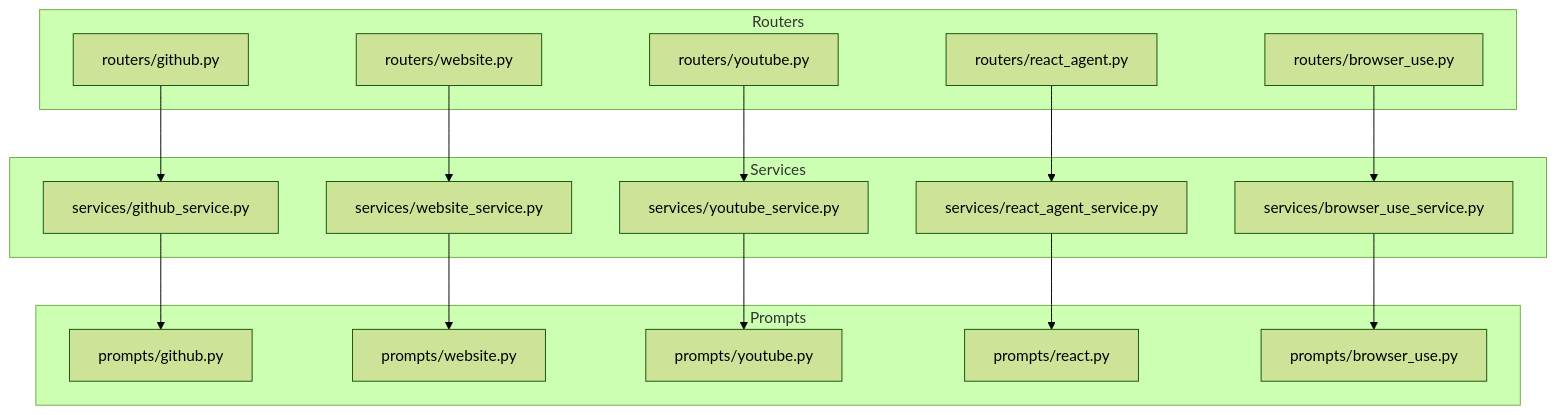
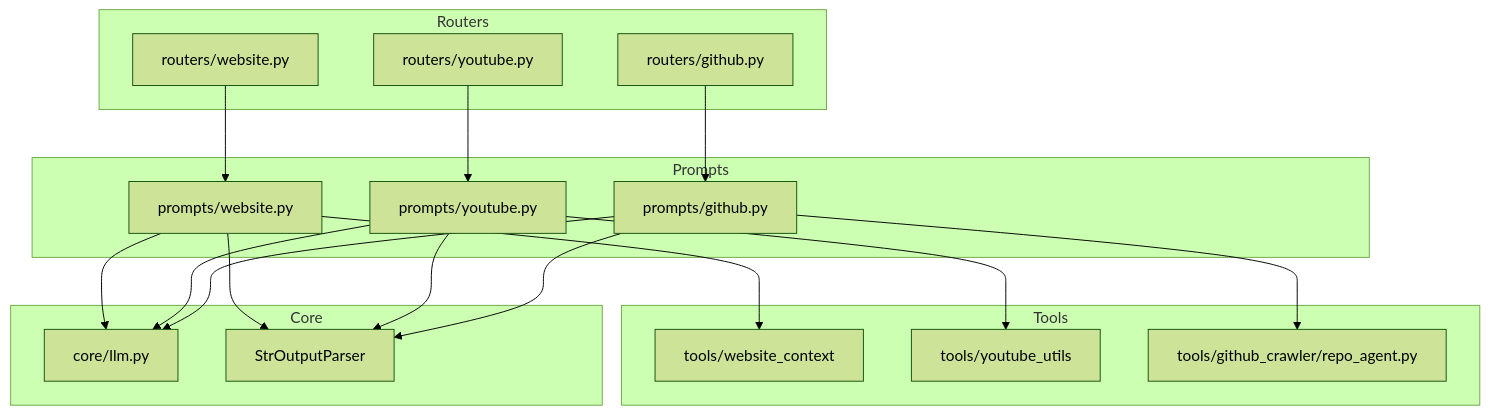
One commit to tashifkhan/tashif.codes changed the first of 6 diagrams in src/data/docs/agentic-browser/Prompts and Prompt Engineering/Service-Specific Prompts.md. Above: the diagram before and after it, drawn with Mermaid (forest theme). The commit also changed other lines of this file and 114 other files, not shown here.

````diff
--- a/src/data/docs/agentic-browser/Prompts and Prompt Engineering/Service-Specific Prompts.md
+++ b/src/data/docs/agentic-browser/Prompts and Prompt Engineering/Service-Specific Prompts.md
@@ -9,29 +15,34 @@
 ```mermaid
 graph TB
-subgraph "Routers"
-R_GH["routers/github.py"]
-R_WEB["routers/website.py"]
-R_YT["routers/youtube.py"]
-R_REACT["routers/react_agent.py"]
-R_BROWSER["routers/browser_use.py"]
-end
-subgraph "Services"
-S_GH["services/github_service.py"]
-S_WEB["services/website_service.py"]
-S_YT["services/youtube_service.py"]
-S_REACT["services/react_agent_service.py"]
-S_BROWSER["services/browser_use_service.py"]
-end
-subgraph "Prompts"
-P_GH["prompts/github.py"]
-P_WEB["prompts/website.py"]
-P_YT["prompts/youtube.py"]
-P_REACT["prompts/react.py"]
-P_BROWSER["prompts/browser_use.py"]
-end
-R_GH --> S_GH --> P_GH
-R_WEB --> S_WEB --> P_WEB
-R_YT --> S_YT --> P_YT
-R_REACT --> S_REACT --> P_REACT
-R_BROWSER --> S_BROWSER --> P_BROWSER
+  subgraph Prompts
+    PW["prompts/website.py"]
+    PY["prompts/youtube.py"]
+    PG["prompts/github.py"]
+  end
+  subgraph Routers
+    RW["routers/website.py"]
+    RY["routers/youtube.py"]
+    RG["routers/github.py"]
+  end
+  subgraph Tools
+    WP["tools/website_context"]
+    YT["tools/youtube_utils"]
+    GH["tools/github_crawler/repo_agent.py"]
+  end
+  subgraph Core
+    LLM["core/llm.py"]
+    OUT["StrOutputParser"]
+  end
+  RW --> PW
+  RY --> PY
+  RG --> PG
+  PW --> WP
+  PY --> YT
+  PG --> GH
+  PW --> LLM
+  PY --> LLM
+  PG --> LLM
+  PW --> OUT
+  PY --> OUT
+  PG --> OUT
 ```
````
